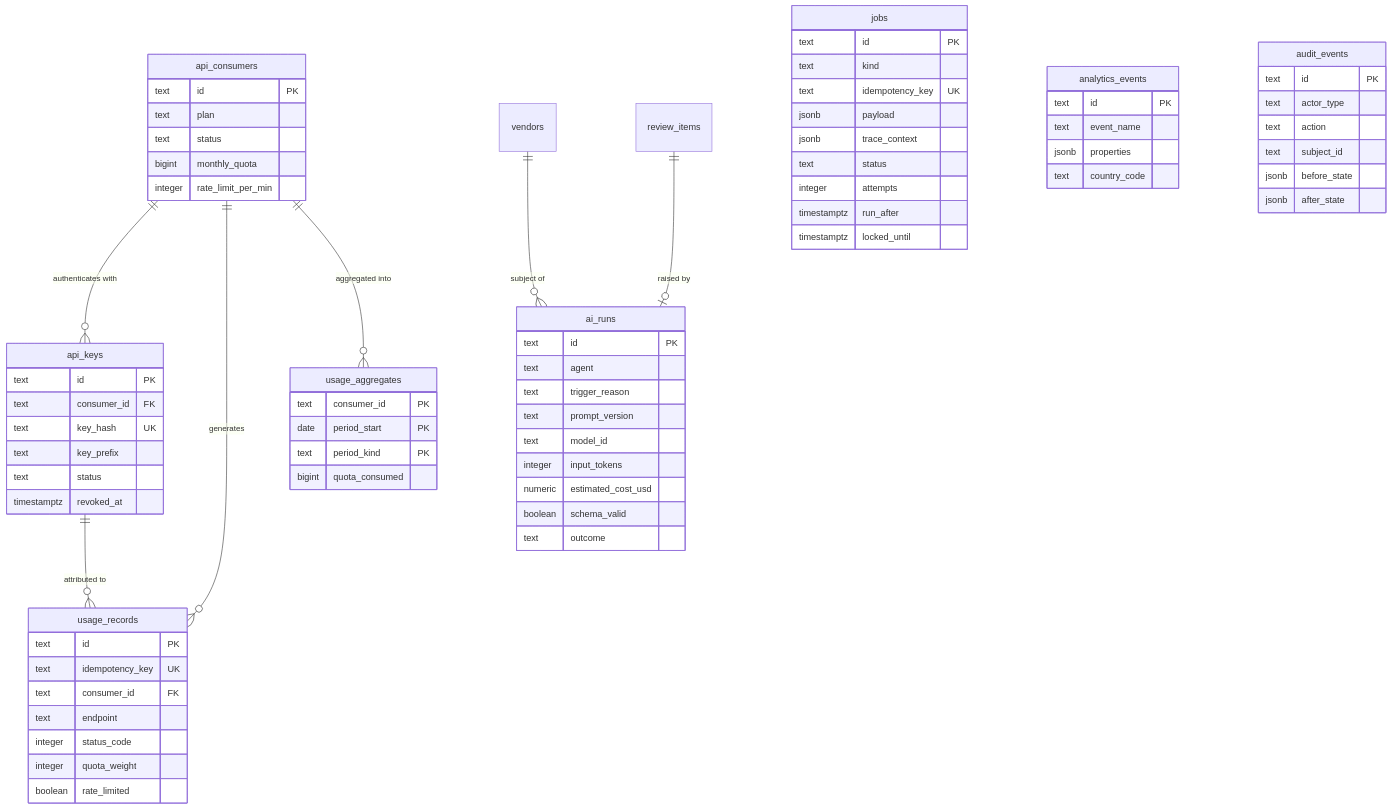
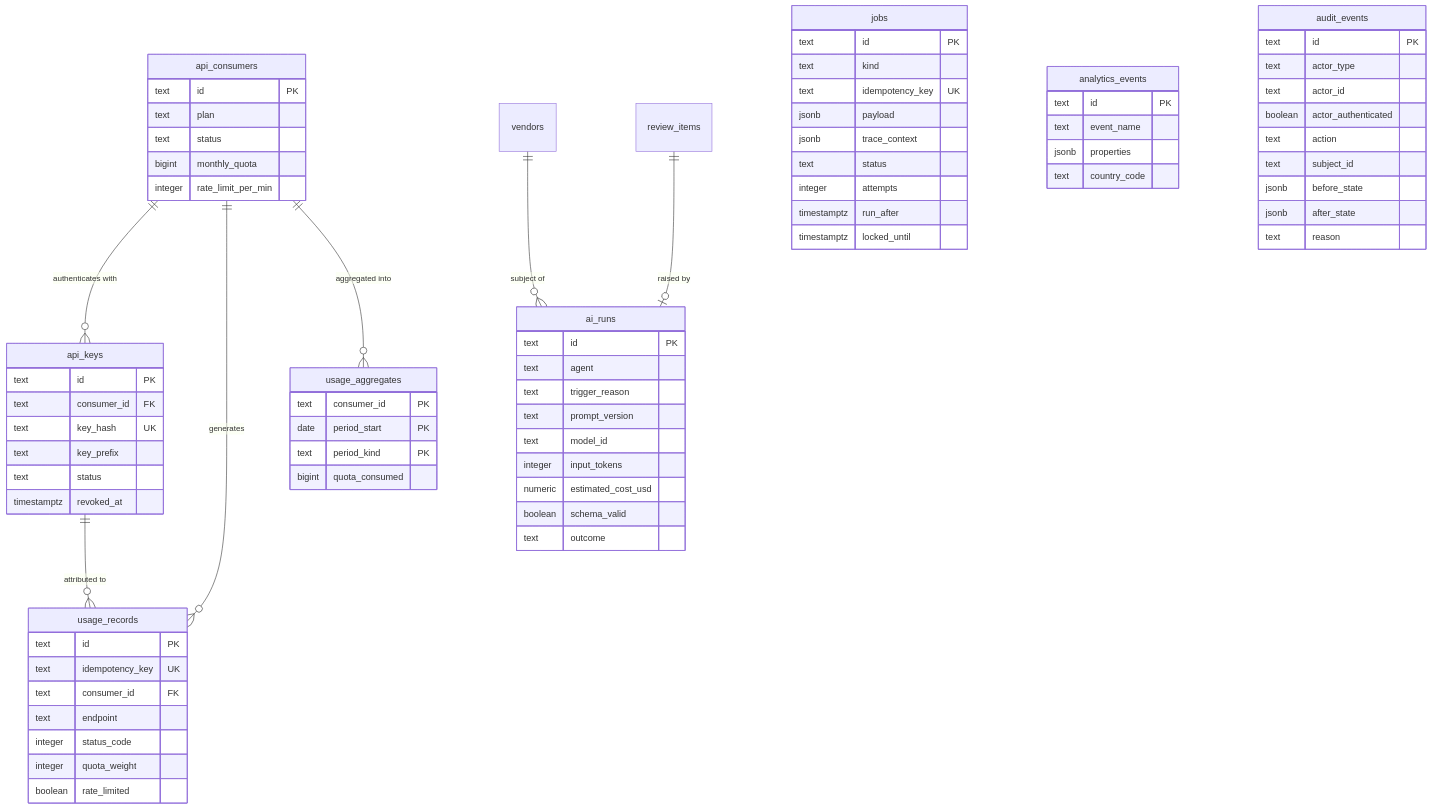
Before and after one commit to macimottin/firmscout: the third of 3 diagrams in docs/diagrams/data-model.md, drawn with Mermaid. The commit also changed other lines of this file and 29 other files, not shown here.

````diff
--- a/docs/diagrams/data-model.md
+++ b/docs/diagrams/data-model.md
@@ -193,76 +250,79 @@
 ```mermaid
 erDiagram
     api_consumers ||--o{ api_keys : "authenticates with"
     api_consumers ||--o{ usage_records : "generates"
     api_consumers ||--o{ usage_aggregates : "aggregated into"
     api_keys ||--o{ usage_records : "attributed to"
     vendors ||--o{ ai_runs : "subject of"
     review_items ||--o| ai_runs : "raised by"
 
     jobs {
         text id PK
         text kind
         text idempotency_key UK
         jsonb payload
         jsonb trace_context
         text status
         integer attempts
         timestamptz run_after
         timestamptz locked_until
     }
     api_consumers {
         text id PK
         text plan
         text status
         bigint monthly_quota
         integer rate_limit_per_min
     }
     api_keys {
         text id PK
         text consumer_id FK
         text key_hash UK
         text key_prefix
         text status
         timestamptz revoked_at
     }
     usage_records {
         text id PK
         text idempotency_key UK
         text consumer_id FK
         text endpoint
         integer status_code
         integer quota_weight
         boolean rate_limited
     }
     usage_aggregates {
         text consumer_id PK
         date period_start PK
         text period_kind PK
         bigint quota_consumed
     }
     analytics_events {
         text id PK
         text event_name
         jsonb properties
         text country_code
     }
     audit_events {
         text id PK
         text actor_type
+        text actor_id
+        boolean actor_authenticated
         text action
         text subject_id
         jsonb before_state
         jsonb after_state
+        text reason
     }
     ai_runs {
         text id PK
         text agent
         text trigger_reason
         text prompt_version
         text model_id
         integer input_tokens
         numeric estimated_cost_usd
         boolean schema_valid
         text outcome
     }
 ```
````
